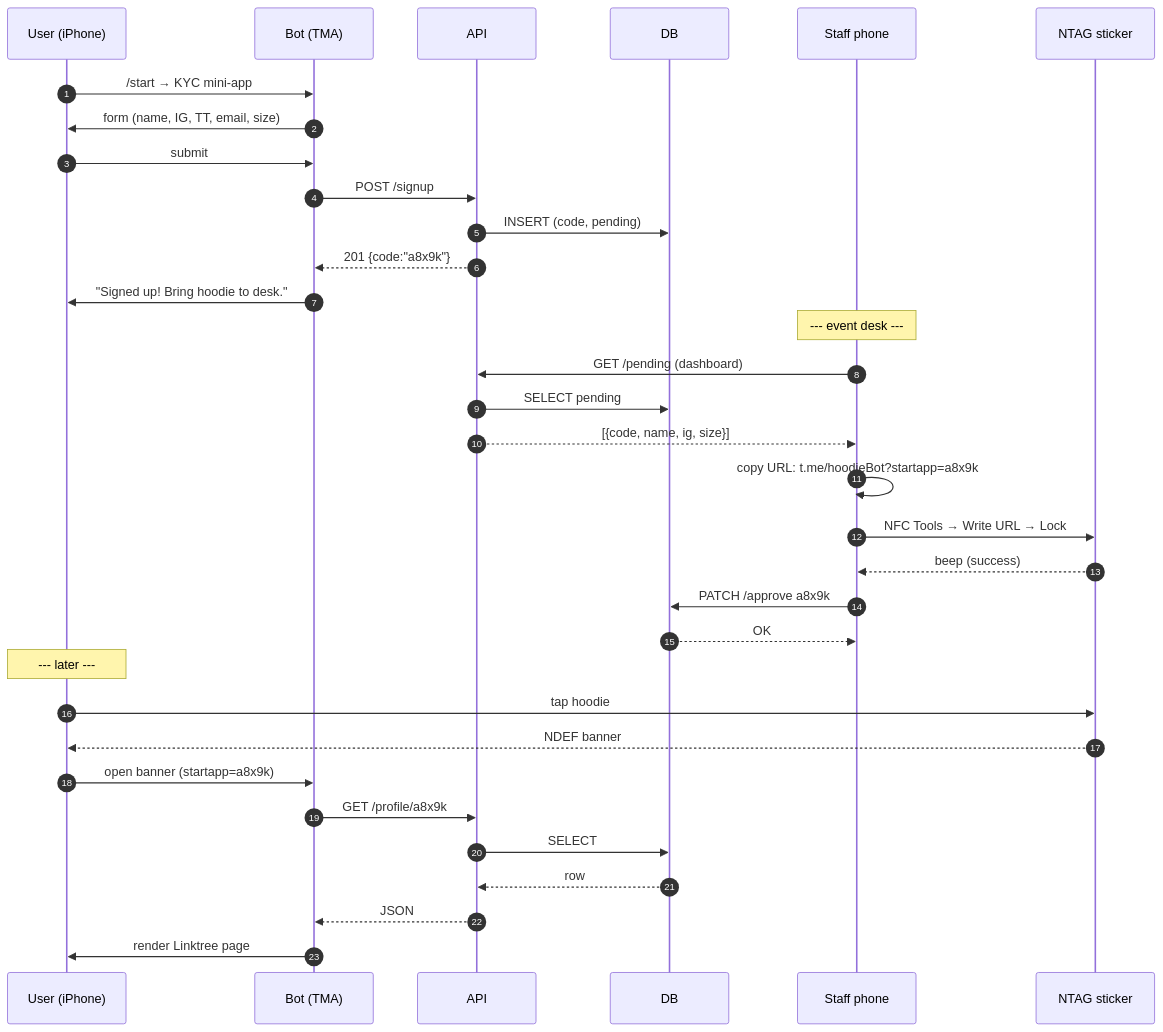
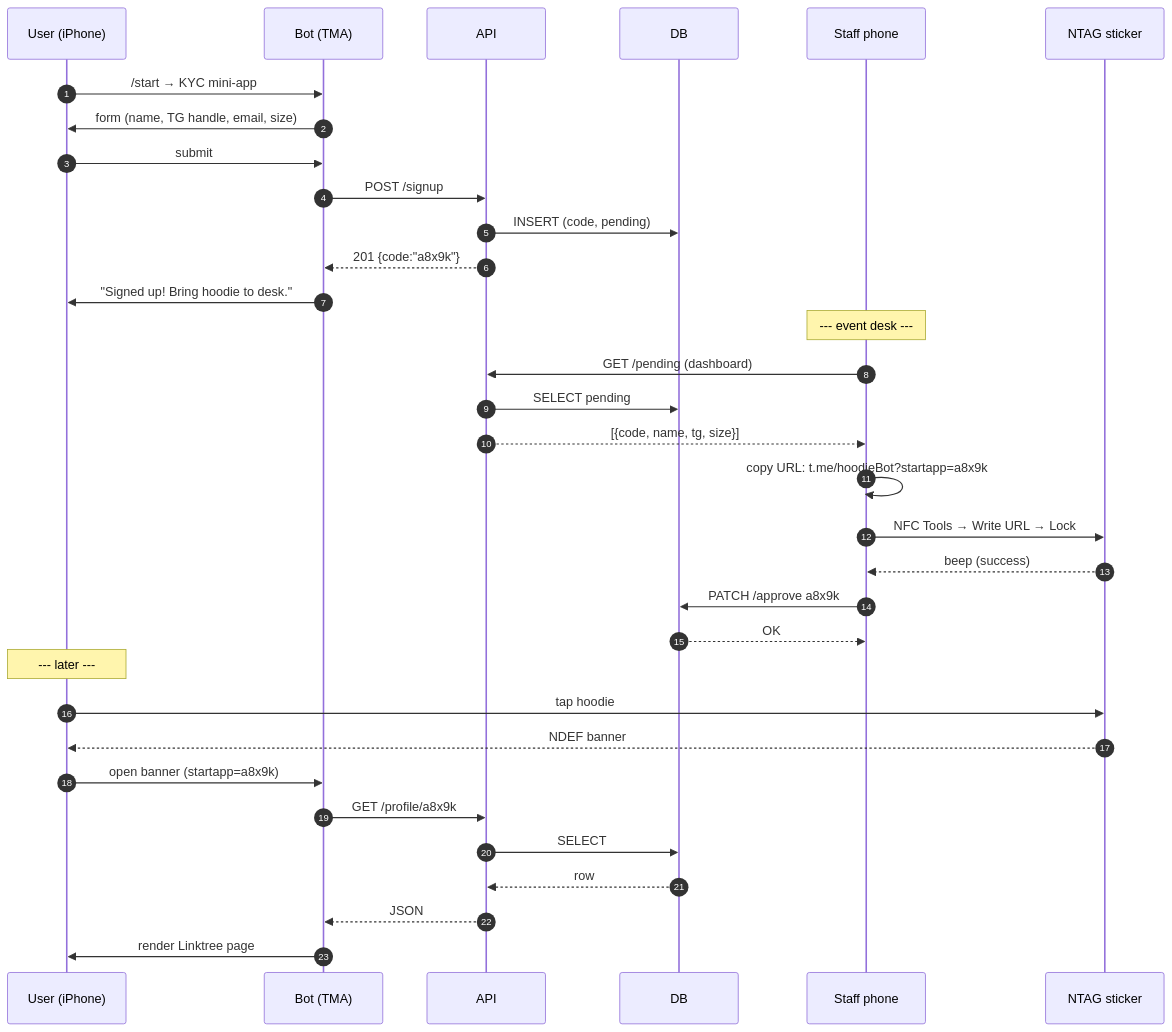
One commit to madschristensen99/nfcTON changed the diagram in README.md. Above: the diagram before and after it, drawn with Mermaid. The commit also changed other lines of this file, not shown here.

Commit message:
Update README for TG handle and remove IG reference

````diff
--- a/README.md
+++ b/README.md
@@ -15,39 +15,39 @@
 ```mermaid
 sequenceDiagram
   autonumber
   participant U as User (iPhone)
   participant B as Bot (TMA)
   participant A as API
   participant D as DB
   participant S as Staff phone
   participant T as NTAG sticker
 
   U->>B: /start → KYC mini-app
-  B->>U: form (name, IG, TT, email, size)
+  B->>U: form (name, TG handle, email, size)
   U->>B: submit
   B->>A: POST /signup
   A->>D: INSERT (code, pending)
   A-->>B: 201 {code:"a8x9k"}
   B->>U: "Signed up! Bring hoodie to desk."
 
   Note over S: --- event desk ---
   S->>A: GET /pending (dashboard)
   A->>D: SELECT pending
-  A-->>S: [{code, name, ig, size}]
+  A-->>S: [{code, name, tg, size}]
 
   S->>S: copy URL: t.me/hoodieBot?startapp=a8x9k
   S->>T: NFC Tools → Write URL → Lock
   T-->>S: beep (success)
   S->>D: PATCH /approve a8x9k
   D-->>S: OK
 
   Note over U: --- later ---
   U->>T: tap hoodie
   T-->>U: NDEF banner
   U->>B: open banner (startapp=a8x9k)
   B->>A: GET /profile/a8x9k
   A->>D: SELECT
   D-->>A: row
   A-->>B: JSON
   B->>U: render Linktree page
 ```
````
